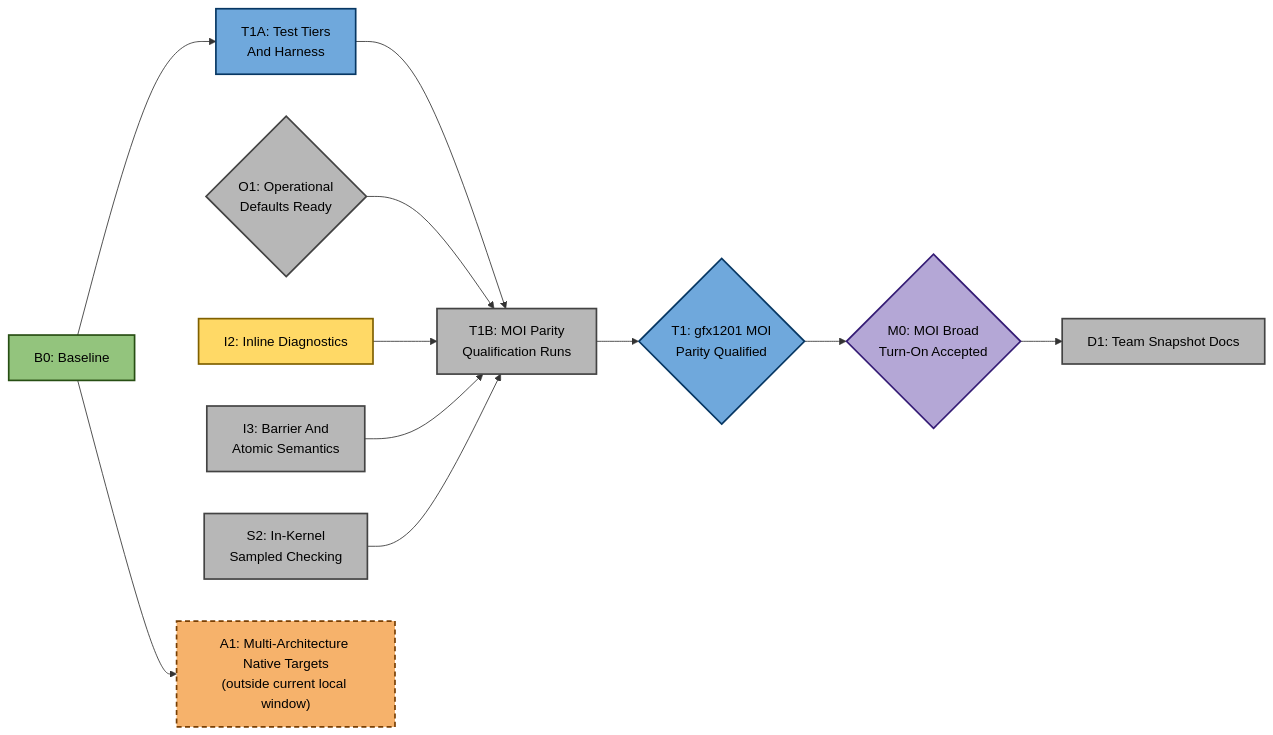
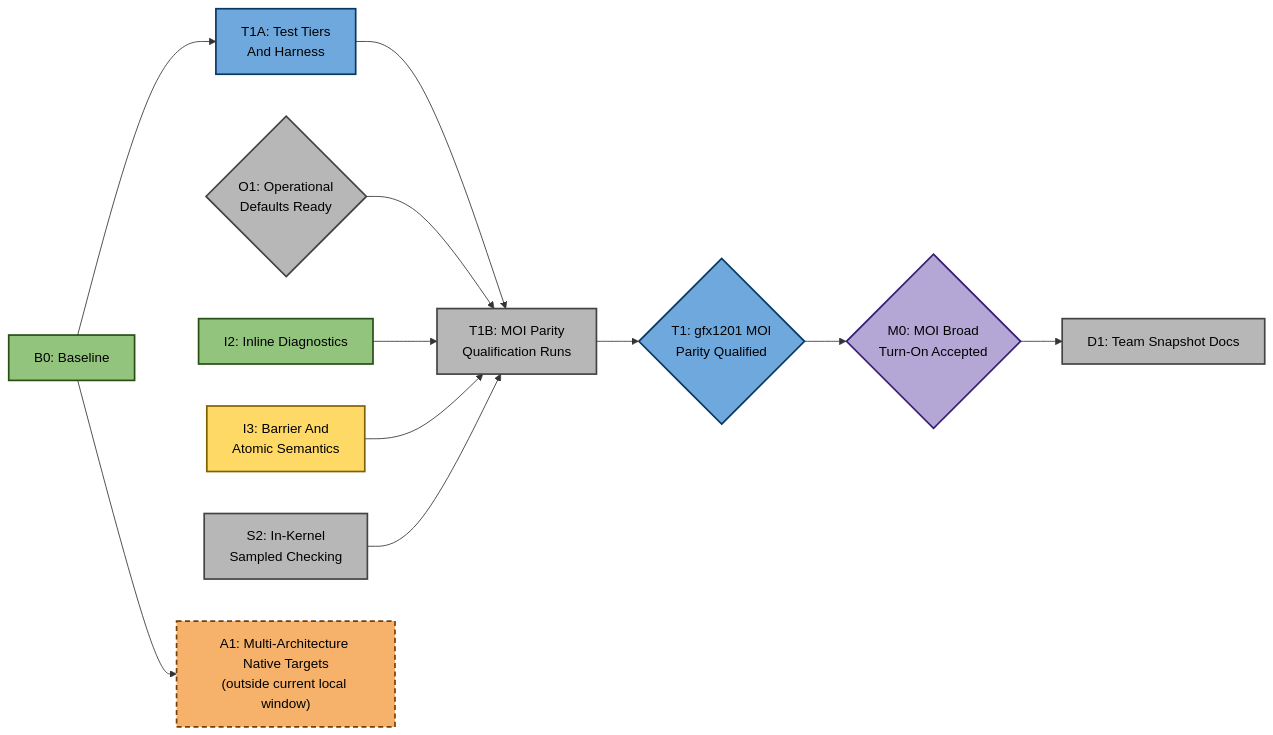
The third of 4 diagrams in emulation/rocjitsu/docs/consan/PLAN.md (ROCm/rocm-systems), drawn with Mermaid before and after one commit. The commit also changed other lines of this file and 5 other files, not shown here.

Commit message:
Capture bounded inline MOI diagnostics

````diff
--- a/emulation/rocjitsu/docs/consan/PLAN.md
+++ b/emulation/rocjitsu/docs/consan/PLAN.md
@@ -179,33 +179,33 @@
 ```mermaid
 flowchart LR
   B0["B0: Baseline"]:::done
   O1{"O1: Operational<br/>Defaults Ready"}:::todo
-  I2["I2: Inline Diagnostics"]:::active
-  I3["I3: Barrier And<br/>Atomic Semantics"]:::todo
+  I2["I2: Inline Diagnostics"]:::done
+  I3["I3: Barrier And<br/>Atomic Semantics"]:::active
   S2["S2: In-Kernel<br/>Sampled Checking"]:::todo
   T1A["T1A: Test Tiers<br/>And Harness"]:::partial
   T1B["T1B: MOI Parity<br/>Qualification Runs"]:::todo
   T1{"T1: gfx1201 MOI<br/>Parity Qualified"}:::partial
   M0{"M0: MOI Broad<br/>Turn-On Accepted"}:::target
   D1["D1: Team Snapshot Docs"]:::todo
   A1["A1: Multi-Architecture Native Targets<br/>(outside current local window)"]:::deferred
 
   B0 --> T1A
   T1A --> T1B
   O1 --> T1B
   I2 --> T1B
   I3 --> T1B
   S2 --> T1B
   T1B --> T1
   T1 --> M0
   M0 --> D1
 
   B0 --> A1
 
   classDef done fill:#93c47d,stroke:#274e13,stroke-width:2px,color:#000;
   classDef active fill:#ffd966,stroke:#7f6000,stroke-width:2px,color:#000;
   classDef target fill:#b4a7d6,stroke:#351c75,stroke-width:2px,color:#000;
   classDef partial fill:#6fa8dc,stroke:#073763,stroke-width:2px,color:#000;
   classDef todo fill:#b7b7b7,stroke:#434343,stroke-width:2px,color:#000;
   classDef deferred fill:#f6b26b,stroke:#783f04,stroke-width:2px,color:#000,stroke-dasharray: 6 4;
 ```
````
